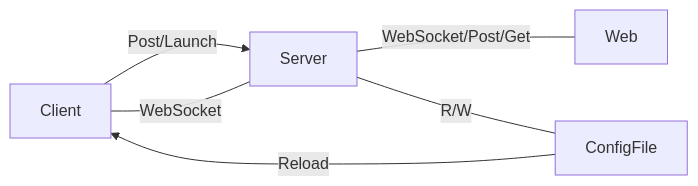
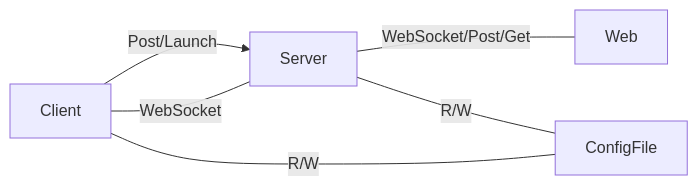
Before and after one commit to pattazl/showKeyBoard: the second of 2 diagrams in README_CN.md, drawn with Mermaid. The commit also changed 1 other file, not shown here.

Commit message:
调整介绍文档发布2.3

````diff
--- a/README_CN.md
+++ b/README_CN.md
@@ -151,7 +151,7 @@
 ```mermaid
 graph LR
 Client -->|Post/Launch|Server ---|WebSocket/Post/Get|Web
 Server ---|WebSocket|Client
 Server ---|R/W|ConfigFile
-ConfigFile -->|Reload|Client
+ConfigFile ---|R/W|Client
 ```
````
